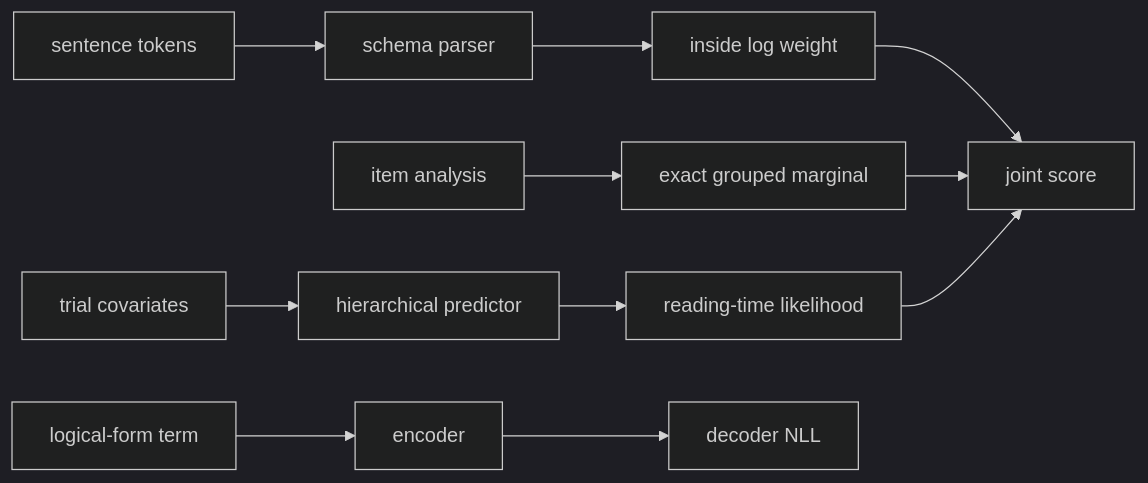
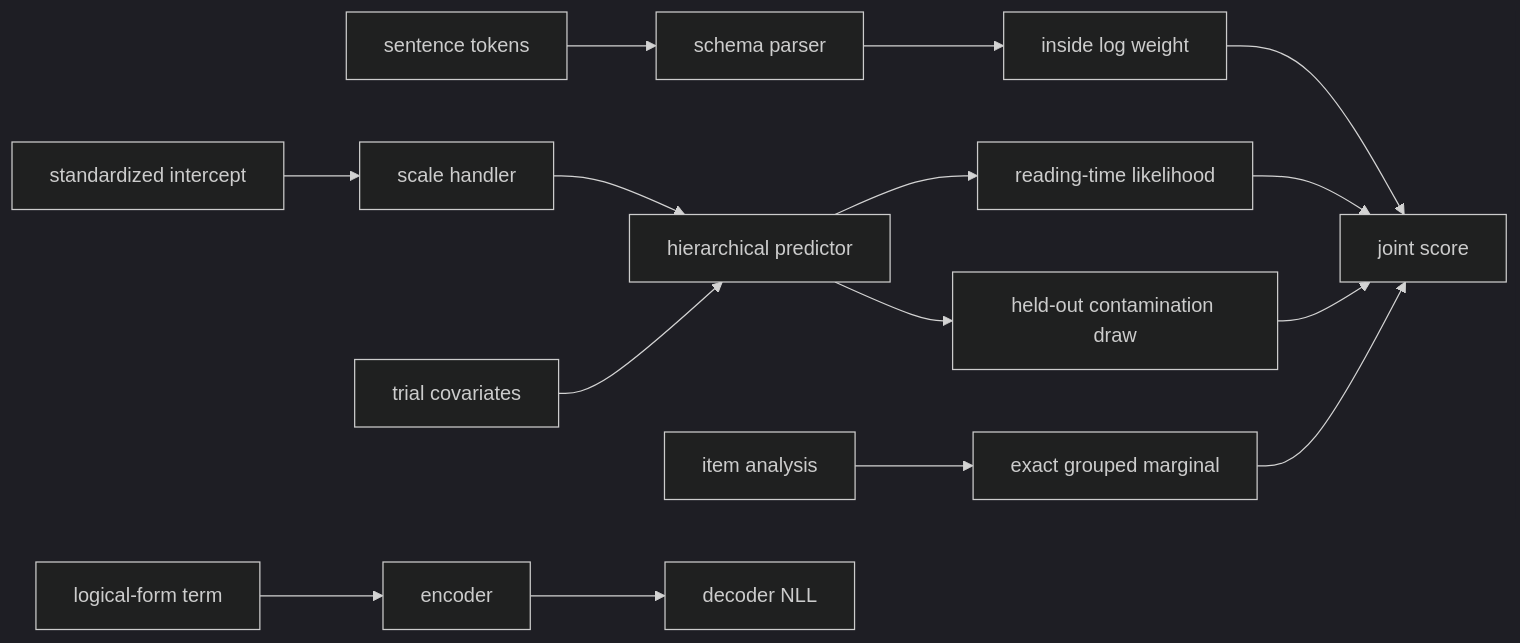
Before and after one commit to quivers-dev/quivers: the diagram in docs/examples/amortized-bayesian-semantics.md, drawn with Mermaid (dark theme). The commit also changed other lines of this file and 1 other file, not shown here.

Commit message:
fix(examples): make the QIEC semantics case study say what it computes and verify its joint

````diff
--- a/docs/examples/amortized-bayesian-semantics.md
+++ b/docs/examples/amortized-bayesian-semantics.md
@@ -53,16 +71,20 @@
 ```mermaid
 flowchart LR
-    W[sentence tokens] --> P[schema parser]
-    P --> Z[inside log weight]
-    Z --> J[joint score]
-    X[trial covariates] --> H[hierarchical predictor]
-    H --> Y[reading-time likelihood]
-    A[item analysis] --> M[exact grouped marginal]
+    W["sentence tokens"] --> P["schema parser"]
+    P --> Z["inside log weight"]
+    Z --> J["joint score"]
+    A0["standardized intercept"] --> L["scale handler"]
+    L --> H["hierarchical predictor"]
+    X["trial covariates"] --> H
+    H --> Y["reading-time likelihood"]
+    Y --> J
+    A["item analysis"] --> M["exact grouped marginal"]
     M --> J
-    Y --> J
-    T[logical-form term] --> E[encoder]
-    E --> D[decoder NLL]
-    class W,X,A,T qv-input
-    class P,H,M,E,Z,Y qv-checked
+    H --> C["held-out contamination draw"]
+    C --> J
+    T["logical-form term"] --> E["encoder"]
+    E --> D["decoder NLL"]
+    class W,X,A,A0,T qv-input
+    class P,H,M,E,Z,Y,L,C qv-checked
     class J,D qv-output
 ```
````
